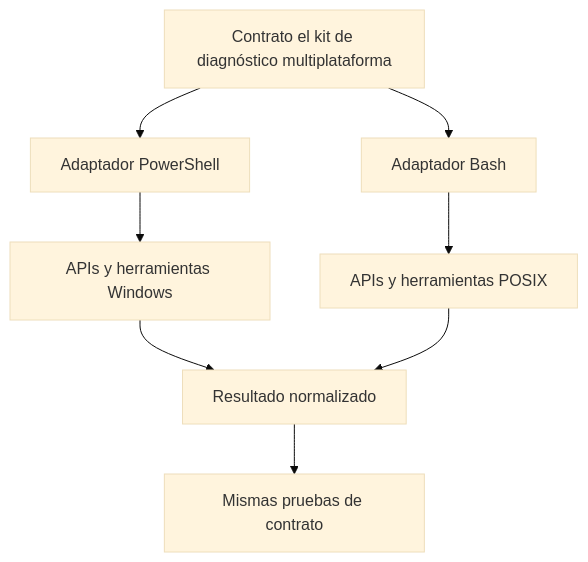
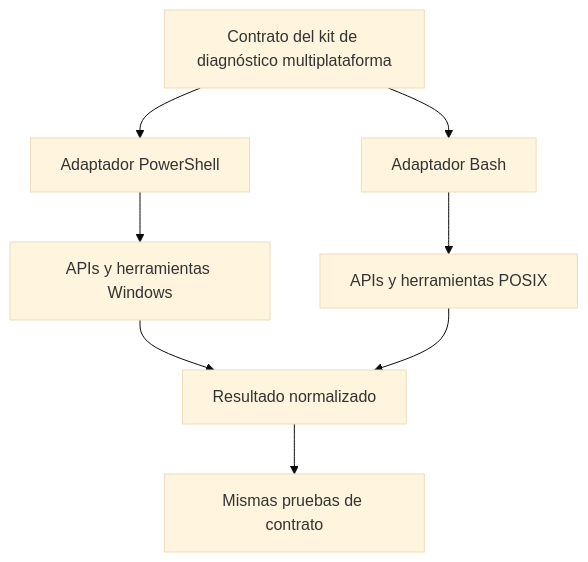
Before and after one commit to vladimiracunadev-create/modern-software-engineering-program: the second of 2 diagrams in classes/part-02-sistemas-operativos-terminal-y-automatizacion-base/se-030-powershell-bash-y-portabilidad-de-scripts/README.md, drawn with Mermaid (base theme). The commit also changed other lines of this file and 158 other files, not shown here.

````diff
--- a/classes/part-02-sistemas-operativos-terminal-y-automatizacion-base/se-030-powershell-bash-y-portabilidad-de-scripts/README.md
+++ b/classes/part-02-sistemas-operativos-terminal-y-automatizacion-base/se-030-powershell-bash-y-portabilidad-de-scripts/README.md
@@ -91,10 +91,10 @@
 ```mermaid
 flowchart TB
-    C[Contrato el kit de diagnóstico multiplataforma] --> P[Adaptador PowerShell]
+    C[Contrato del kit de diagnóstico multiplataforma] --> P[Adaptador PowerShell]
     C --> B[Adaptador Bash]
     P --> W[APIs y herramientas Windows]
     B --> U[APIs y herramientas POSIX]
     W --> N[Resultado normalizado]
     U --> N
     N --> T[Mismas pruebas de contrato]
 ```
````
